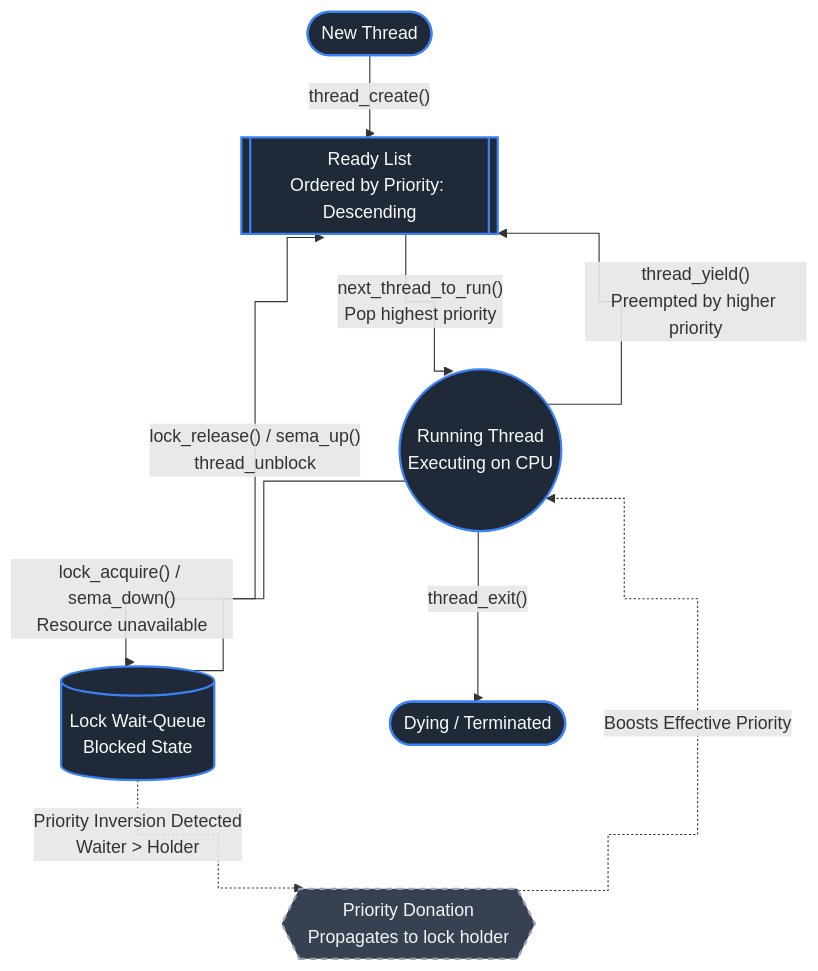
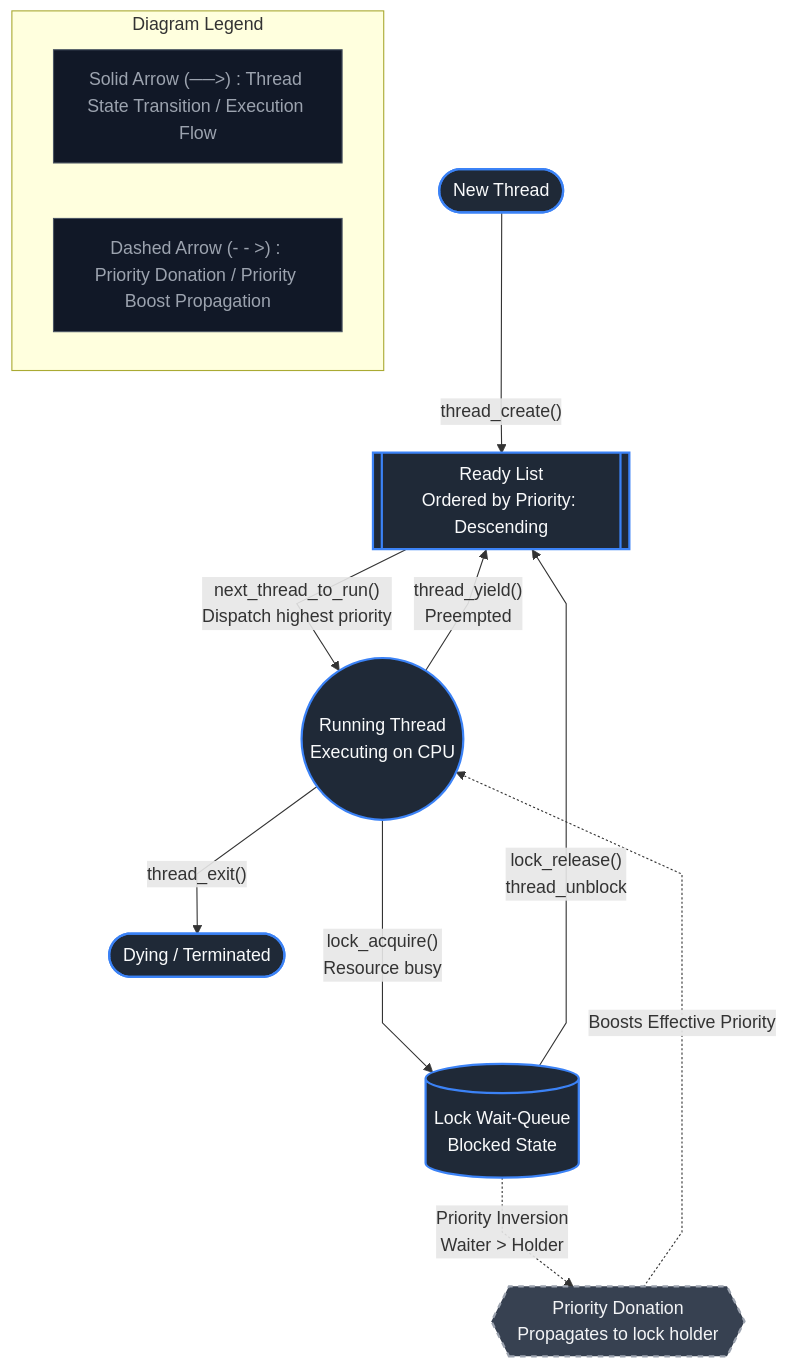
The diagram in README.md (MayurRajeshKeni/pintos-priority-scheduler), drawn with Mermaid before and after one commit.

Commit message:
docs: refine TD architecture diagram with straight lines, proper arrows, and legend

````diff
--- a/README.md
+++ b/README.md
@@ -13,29 +13,36 @@
 ```mermaid
-%%{init: {"flowchart": {"curve": "step"}}}%%
+%%{init: {"flowchart": {"curve": "linear"}}}%%
 flowchart TD
     %% Custom Styles
     classDef default fill:#1f2937,stroke:#3b82f6,stroke-width:2px,color:#f9fafb;
-    classDef special fill:#374151,stroke:#9ca3af,stroke-width:2px,color:#f3f4f6,stroke-dasharray: 5 5;
+    classDef donation fill:#374151,stroke:#9ca3af,stroke-width:2px,color:#f3f4f6,stroke-dasharray: 5 5;
+    classDef legend fill:#111827,stroke:#4b5563,stroke-width:1px,color:#9ca3af;
 
-    %% Nodes with distinct shapes
+    %% Nodes
     New([New Thread])
     Ready[[Ready List<br/>Ordered by Priority: Descending]]
     Running((Running Thread<br/>Executing on CPU))
     Blocked[(Lock Wait-Queue<br/>Blocked State)]
     Dead([Dying / Terminated])
-    Donation{{Priority Donation<br/>Propagates to lock holder}}:::special
+    Donation{{Priority Donation<br/>Propagates to lock holder}}:::donation
 
-    %% Execution Flow
-    New -- "thread_create()" --> Ready
-    Ready -- "next_thread_to_run()<br/>Pop highest priority" --> Running
-    Running -- "thread_yield()<br/>Preempted by higher priority" --> Ready
-    Running -- "thread_exit()" --> Dead
+    %% Execution & Preemption Transitions (Solid)
+    New -->|"thread_create()"| Ready
+    Ready -->|"next_thread_to_run()<br/>Dispatch highest priority"| Running
+    Running -->|"thread_yield()<br/>Preempted"| Ready
+    Running -->|"thread_exit()"| Dead
     
-    %% Synchronization Flow
-    Running -- "lock_acquire() / sema_down()<br/>Resource unavailable" --> Blocked
-    Blocked -- "lock_release() / sema_up()<br/>thread_unblock" --> Ready
+    %% Synchronization Transitions (Solid)
+    Running --->|"lock_acquire()<br/>Resource busy"| Blocked
+    Blocked --->|"lock_release()<br/>thread_unblock"| Ready
     
-    %% Priority Donation Flow
-    Blocked -. "Priority Inversion Detected<br/>Waiter > Holder" .-> Donation
-    Donation -. "Boosts Effective Priority" .-> Running
+    %% Priority Donation Flow (Dashed)
+    Blocked -.->|"Priority Inversion<br/>Waiter > Holder"| Donation
+    Donation -.->|"Boosts Effective Priority"| Running
+
+    %% Legend
+    subgraph Legend ["Diagram Legend"]
+        L1["Solid Arrow (──>) : Thread State Transition / Execution Flow"]:::legend
+        L2["Dashed Arrow (- - >) : Priority Donation / Priority Boost Propagation"]:::legend
+    end
 ```
````
